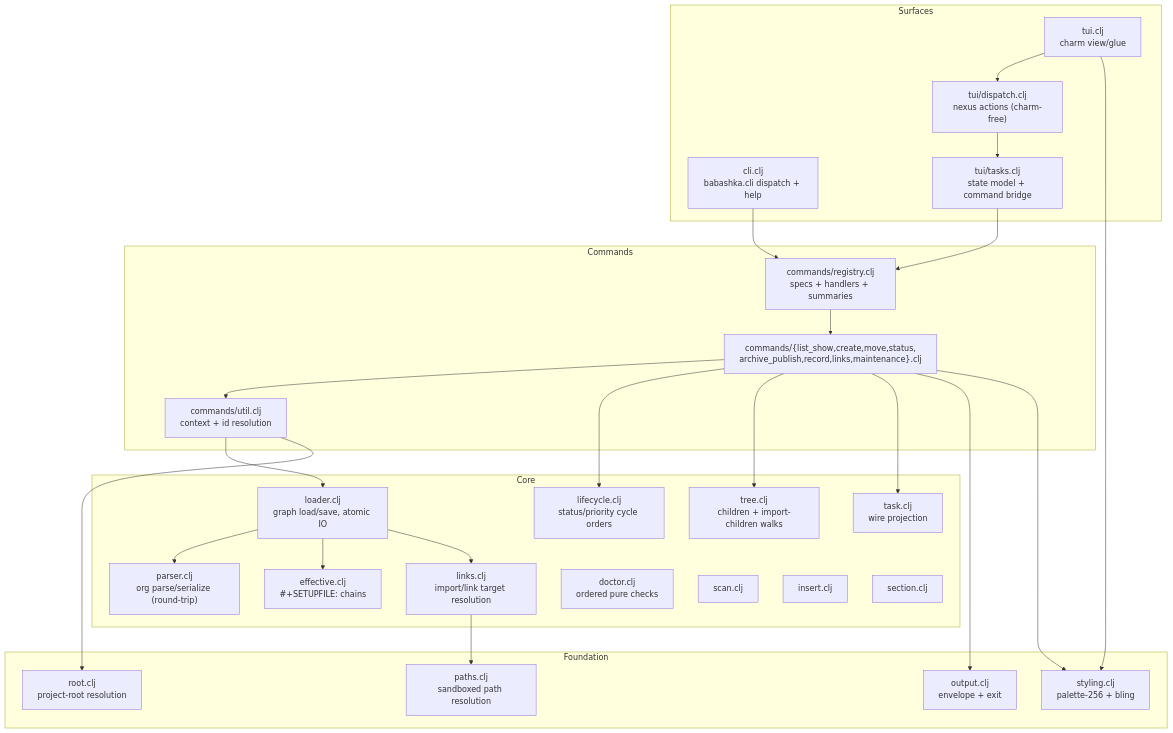
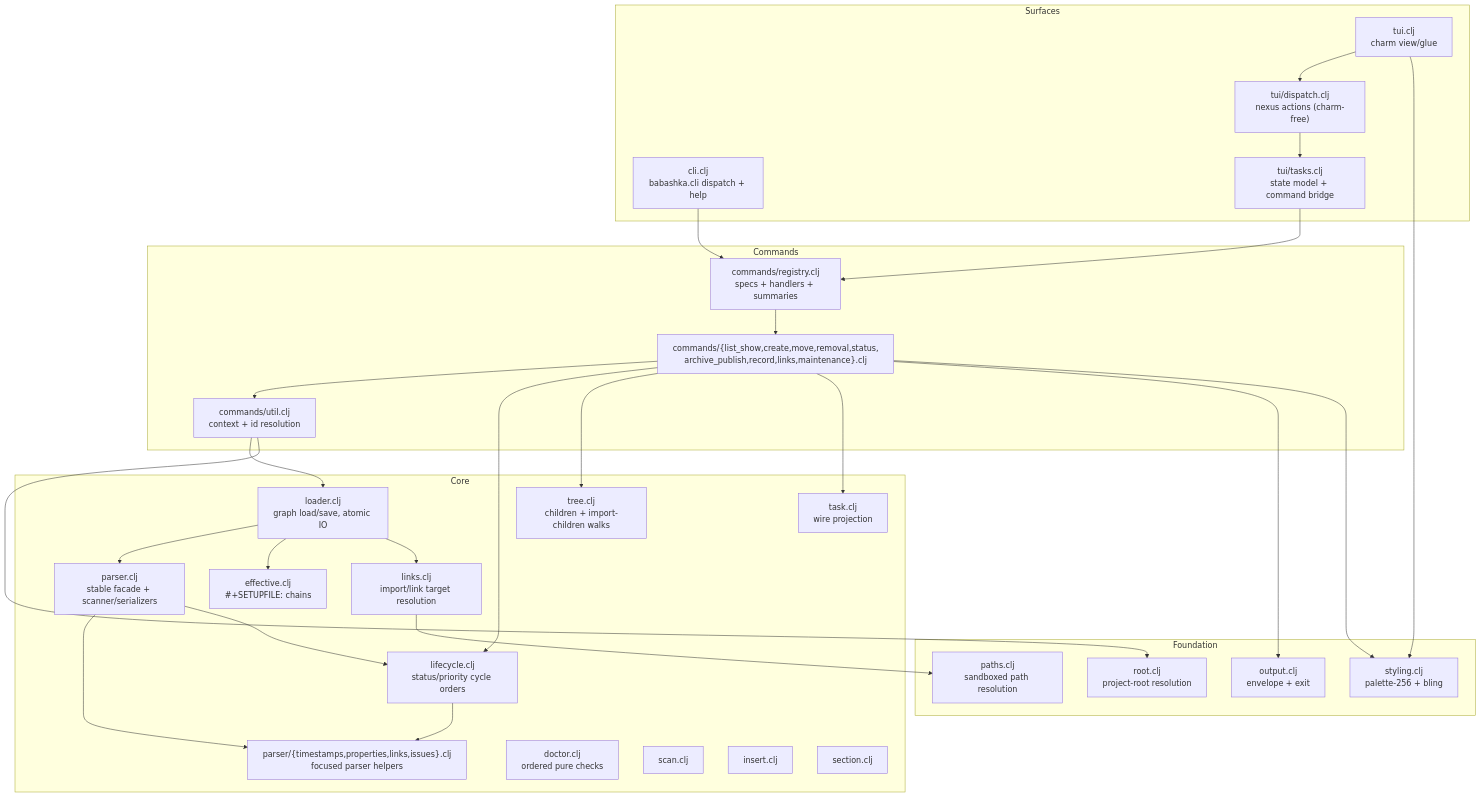
The first of 3 diagrams in skills/org-tasks/scripts/docs/DESIGN.org (cormacc/dotagents), drawn with Mermaid before and after one commit. The commit also changed other lines of this file and 50 other files, not shown here.

First line of the commit message:
feat(org-tasks): harden maintenance and removal workflows

```diff
--- a/skills/org-tasks/scripts/docs/DESIGN.org
+++ b/skills/org-tasks/scripts/docs/DESIGN.org
@@ -10,46 +10,50 @@
 #+begin_src mermaid :file design-layers.png
 flowchart TD
     subgraph Surfaces
         CLI["cli.clj\nbabashka.cli dispatch + help"]
         TUI["tui.clj\ncharm view/glue"]
         TUID["tui/dispatch.clj\nnexus actions (charm-free)"]
         TUIT["tui/tasks.clj\nstate model + command bridge"]
     end
     subgraph Commands
         REG["commands/registry.clj\nspecs + handlers + summaries"]
-        FAM["commands/{list_show,create,move,status,\narchive_publish,record,links,maintenance}.clj"]
+        FAM["commands/{list_show,create,move,removal,status,\narchive_publish,record,links,maintenance}.clj"]
         UTIL["commands/util.clj\ncontext + id resolution"]
     end
     subgraph Core
         LOADER["loader.clj\ngraph load/save, atomic IO"]
-        PARSER["parser.clj\norg parse/serialize (round-trip)"]
+        PARSER["parser.clj\nstable facade + scanner/serializers"]
+        PARSERINT["parser/{timestamps,properties,links,issues}.clj\nfocused parser helpers"]
         EFF["effective.clj\n#+SETUPFILE: chains"]
         LINKS["links.clj\nimport/link target resolution"]
         TREE["tree.clj\nchildren + import-children walks"]
         LIFE["lifecycle.clj\nstatus/priority cycle orders"]
         TASK["task.clj\nwire projection"]
         DOCTOR["doctor.clj\nordered pure checks"]
         SCAN["scan.clj"]
         INSERT["insert.clj"]
         SECTION["section.clj"]
     end
     subgraph Foundation
         PATHS["paths.clj\nsandboxed path resolution"]
         ROOT["root.clj\nproject-root resolution"]
         OUT["output.clj\nenvelope + exit"]
         STYLE["styling.clj\npalette-256 + bling"]
     end
     CLI --> REG
     TUI --> TUID --> TUIT --> REG
     REG --> FAM --> UTIL --> LOADER
     FAM --> LIFE
     FAM --> TREE
     FAM --> TASK
     LOADER --> PARSER
+    PARSER --> PARSERINT
+    PARSER --> LIFE
+    LIFE --> PARSERINT
     LOADER --> EFF
     LOADER --> LINKS --> PATHS
     FAM --> OUT
     FAM --> STYLE
     TUI --> STYLE
     UTIL --> ROOT
 #+end_src
```
